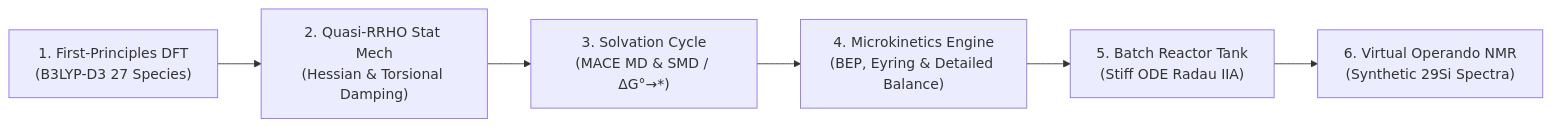
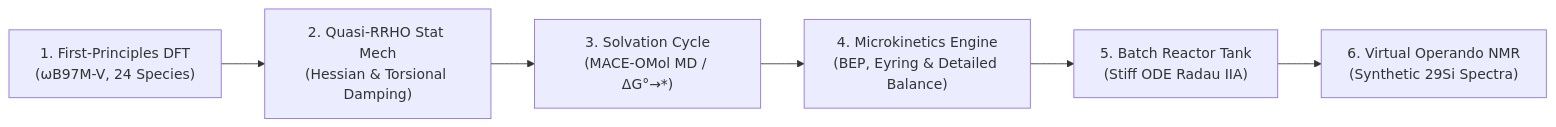
Before and after one commit to yralcaraz/atom-to-reactor: the diagram in docs/theory-multiscale_microkinetics.md, drawn with Mermaid. The commit also changed other lines of this file and 33 other files, not shown here.

````diff
--- a/docs/theory-multiscale_microkinetics.md
+++ b/docs/theory-multiscale_microkinetics.md
@@ -16,8 +16,8 @@
 ```mermaid
 flowchart LR
-    DFT["1. First-Principles DFT<br/>(B3LYP-D3 27 Species)"] --> STAT["2. Quasi-RRHO Stat Mech<br/>(Hessian & Torsional Damping)"]
-    STAT --> SOLV["3. Solvation Cycle<br/>(MACE MD & SMD / ΔG°→*)"]
+    DFT["1. First-Principles DFT<br/>(ωB97M-V, 24 Species)"] --> STAT["2. Quasi-RRHO Stat Mech<br/>(Hessian & Torsional Damping)"]
+    STAT --> SOLV["3. Solvation Cycle<br/>(MACE-OMol MD / ΔG°→*)"]
     SOLV --> KIN["4. Microkinetics Engine<br/>(BEP, Eyring & Detailed Balance)"]
     KIN --> TANK["5. Batch Reactor Tank<br/>(Stiff ODE Radau IIA)"]
     TANK --> NMR["6. Virtual Operando NMR<br/>(Synthetic 29Si Spectra)"]
 ```
````
